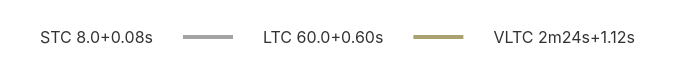
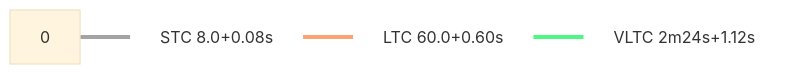
Before and after one commit to computer-chess-index/cci: the second of 3 diagrams in engines/Kreveta.md, drawn with Mermaid. The commit also changed other lines of this file, not shown here.

Commit message:
Update CCI Ratings (ELO VLTC) - 2026-05-17

````diff
--- a/engines/Kreveta.md
+++ b/engines/Kreveta.md
@@ -54,11 +54,13 @@
 ```mermaid
 %%{init: {"theme":"base"}}%%
 flowchart LR
-A[STC 8.0+0.08s] --- B[LTC 60.0+0.60s]
+0 --- A[STC 8.0+0.08s]
+A --- B[LTC 60.0+0.60s]
 B --- C[VLTC 2m24s+1.12s]
 linkStyle 0 stroke:#a3a3a3,stroke-width:4px
-linkStyle 1 stroke:#aaa371,stroke-width:4px
+linkStyle 1 stroke:#faa371,stroke-width:4px
+linkStyle 2 stroke:#4ef781,stroke-width:4px
 style A fill:none,stroke:none
 style B fill:none,stroke:none
 style C fill:none,stroke:none
 ```
````
